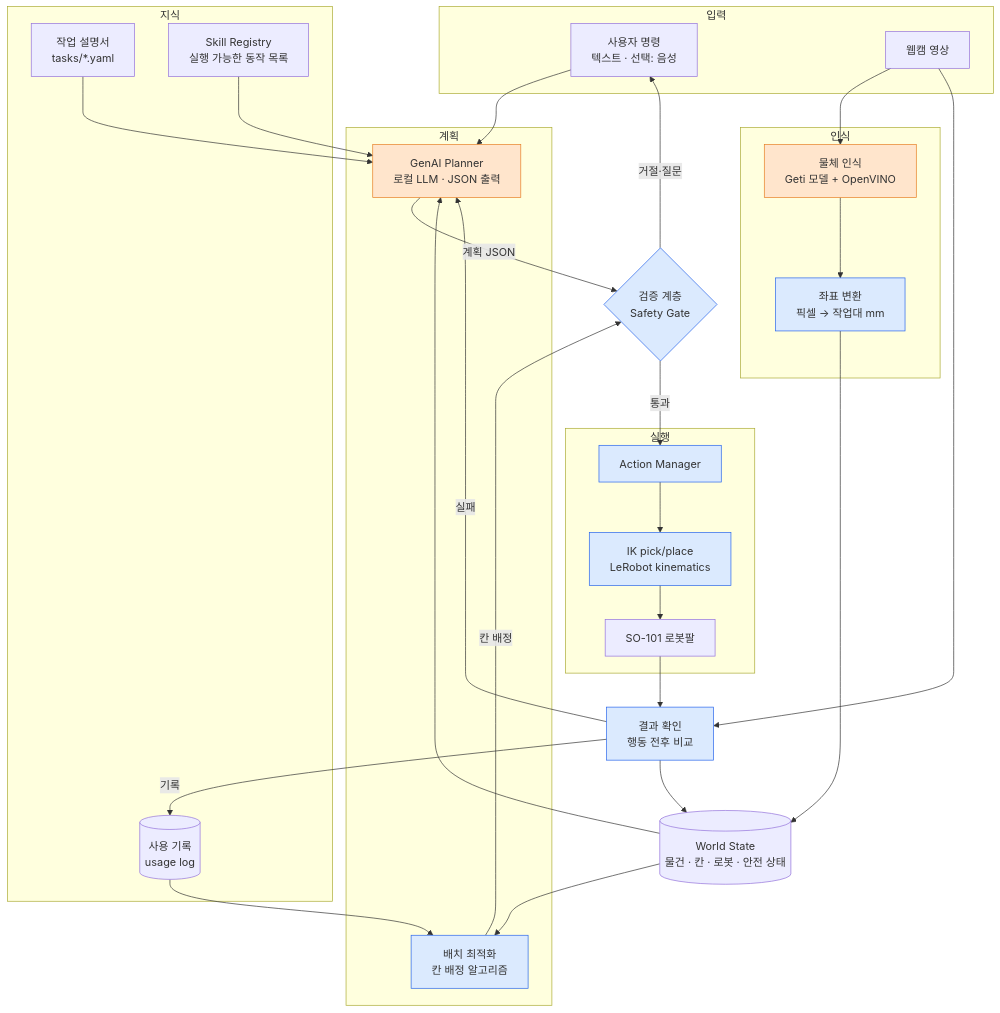
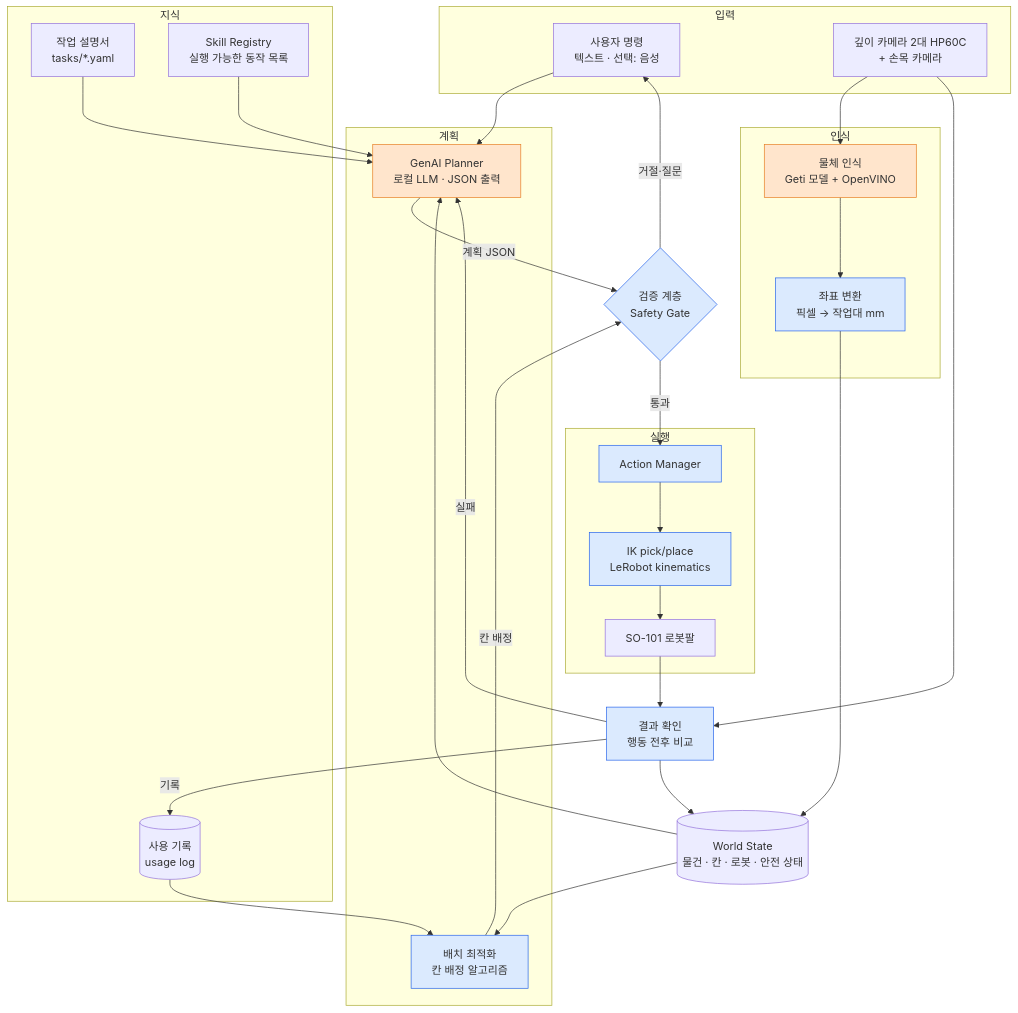
One commit to Gansoolgo/Thursday changed the first of 7 diagrams in docs/architecture.md. Above: the diagram before and after it, drawn with Mermaid. The commit also changed other lines of this file and 4 other files, not shown here.

````diff
--- a/docs/architecture.md
+++ b/docs/architecture.md
@@ -28,57 +28,57 @@
 ```mermaid
 flowchart TD
     subgraph Input[입력]
         U[사용자 명령<br/>텍스트 · 선택: 음성]
-        C[웹캠 영상]
+        C[깊이 카메라 2대 HP60C<br/>+ 손목 카메라]
     end
 
     subgraph Perception[인식]
         V[물체 인식<br/>Geti 모델 + OpenVINO]
         K[좌표 변환<br/>픽셀 → 작업대 mm]
     end
 
     subgraph Knowledge[지식]
         M[작업 설명서<br/>tasks/*.yaml]
         R[Skill Registry<br/>실행 가능한 동작 목록]
         H[(사용 기록<br/>usage log)]
     end
 
     WS[(World State<br/>물건 · 칸 · 로봇 · 안전 상태)]
 
     subgraph Brain[계획]
         P[GenAI Planner<br/>로컬 LLM · JSON 출력]
         O[배치 최적화<br/>칸 배정 알고리즘]
     end
 
     G{검증 계층<br/>Safety Gate}
 
     subgraph Act[실행]
         A[Action Manager]
         IK[IK pick/place<br/>LeRobot kinematics]
         ARM[SO-101 로봇팔]
     end
 
     F[결과 확인<br/>행동 전후 비교]
 
     U --> P
     C --> V --> K --> WS
     M --> P
     R --> P
     WS --> P
     H --> O
     WS --> O
     P -->|계획 JSON| G
     O -->|칸 배정| G
     G -->|통과| A --> IK --> ARM
     G -->|거절·질문| U
     ARM --> F
     C --> F
     F --> WS
     F -->|기록| H
     F -->|실패| P
 
     classDef ai fill:#ffe5cc,stroke:#e67e22
     classDef det fill:#dbeafe,stroke:#2563eb
     class P,V ai
     class K,O,G,A,IK,F det
 ```
````
